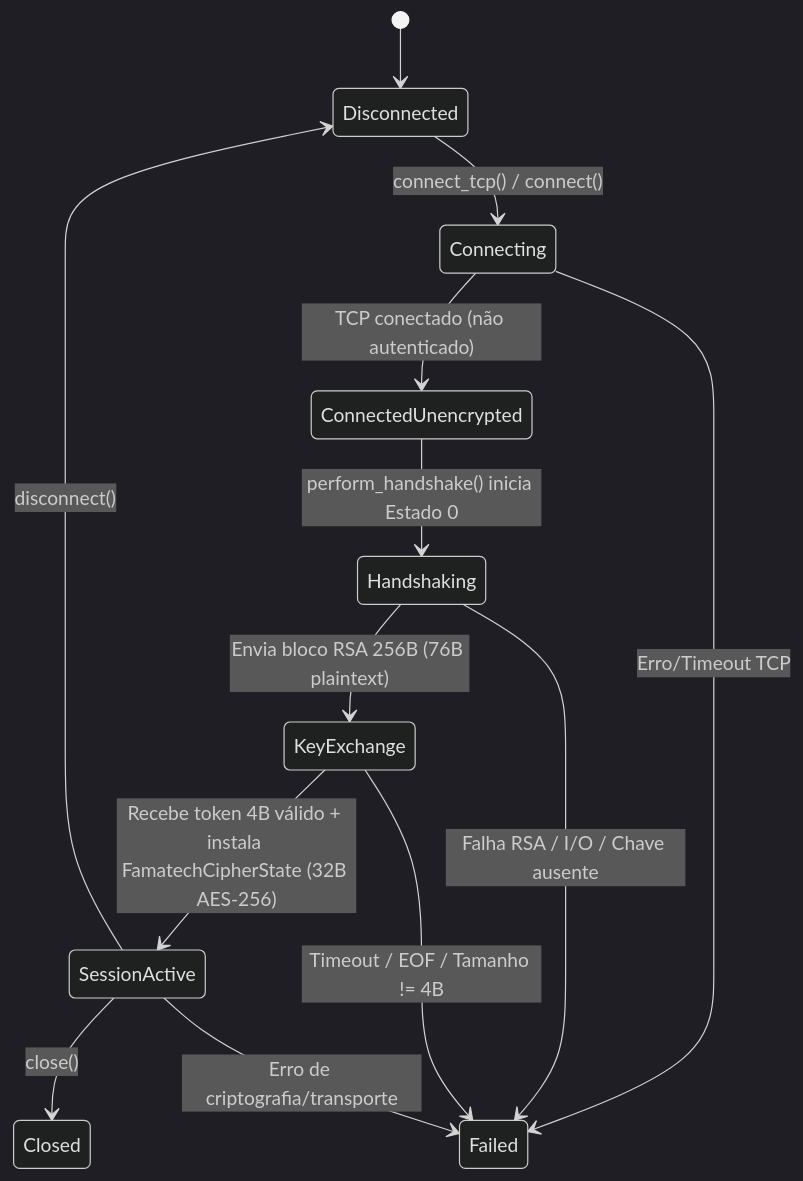
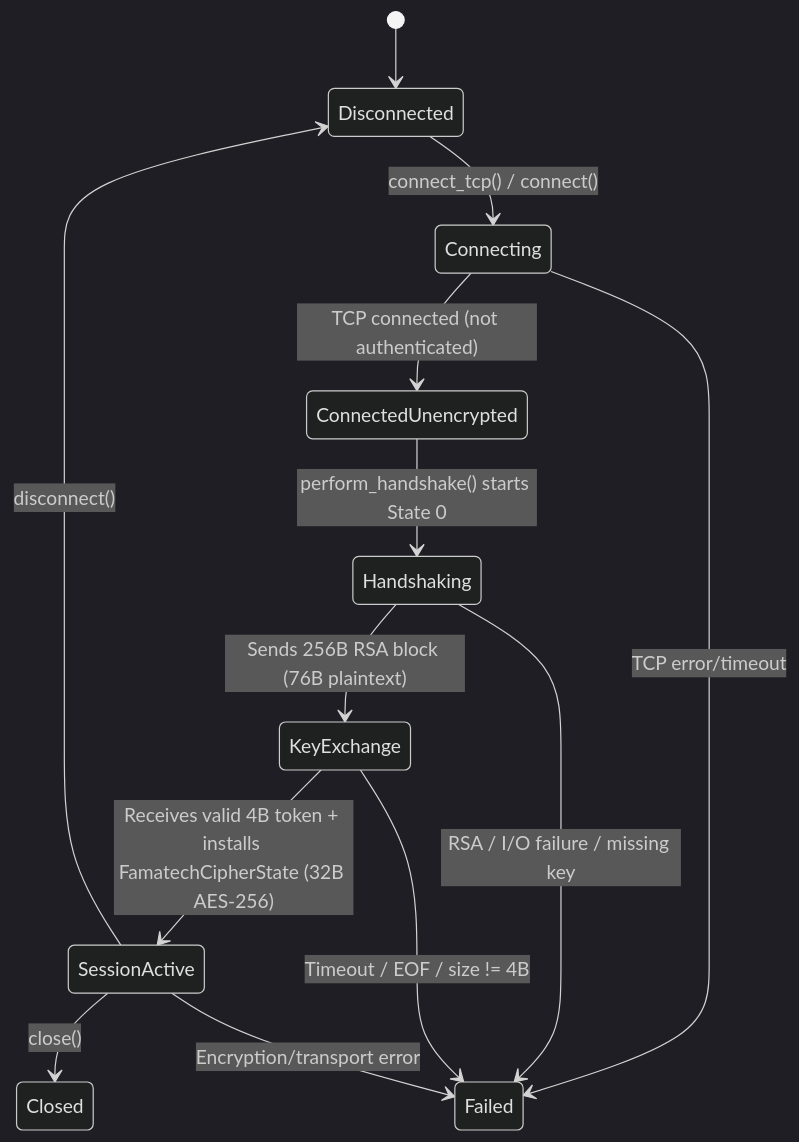
The diagram in docs/PHASE_1_IMPLEMENTATION_REPORT.md (Pedrodroks34/radmin-vpn-linux-rs), drawn with Mermaid (dark theme) before and after one commit. The commit also changed other lines of this file and 38 other files, not shown here.

````diff
--- a/docs/PHASE_1_IMPLEMENTATION_REPORT.md
+++ b/docs/PHASE_1_IMPLEMENTATION_REPORT.md
@@ -64,15 +64,15 @@
 ```mermaid
 stateDiagram-v2
     [*] --> Disconnected
     Disconnected --> Connecting : connect_tcp() / connect()
-    Connecting --> ConnectedUnencrypted : TCP conectado (não autenticado)
-    Connecting --> Failed : Erro/Timeout TCP
-    ConnectedUnencrypted --> Handshaking : perform_handshake() inicia Estado 0
-    Handshaking --> KeyExchange : Envia bloco RSA 256B (76B plaintext)
-    Handshaking --> Failed : Falha RSA / I/O / Chave ausente
-    KeyExchange --> SessionActive : Recebe token 4B válido + instala FamatechCipherState (32B AES-256)
-    KeyExchange --> Failed : Timeout / EOF / Tamanho != 4B
+    Connecting --> ConnectedUnencrypted : TCP connected (not authenticated)
+    Connecting --> Failed : TCP error/timeout
+    ConnectedUnencrypted --> Handshaking : perform_handshake() starts State 0
+    Handshaking --> KeyExchange : Sends 256B RSA block (76B plaintext)
+    Handshaking --> Failed : RSA / I/O failure / missing key
+    KeyExchange --> SessionActive : Receives valid 4B token + installs FamatechCipherState (32B AES-256)
+    KeyExchange --> Failed : Timeout / EOF / size != 4B
     SessionActive --> Disconnected : disconnect()
     SessionActive --> Closed : close()
-    SessionActive --> Failed : Erro de criptografia/transporte
+    SessionActive --> Failed : Encryption/transport error
 ```
````
